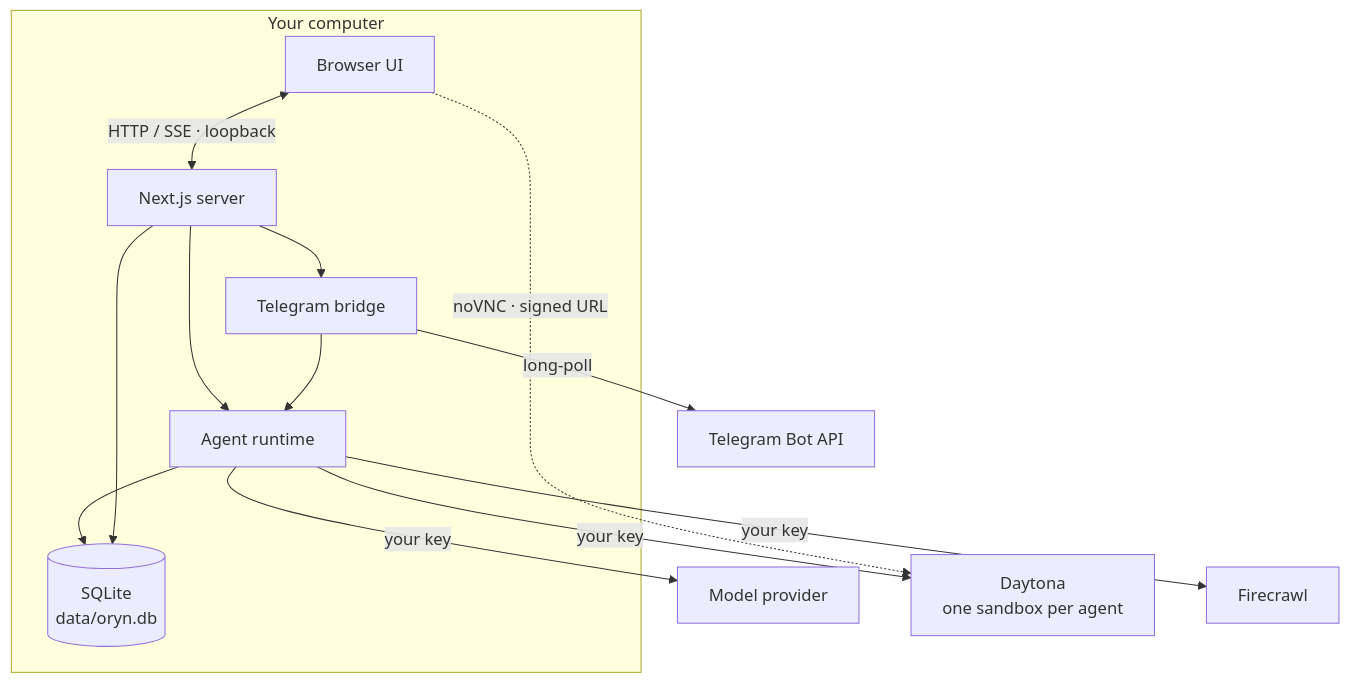
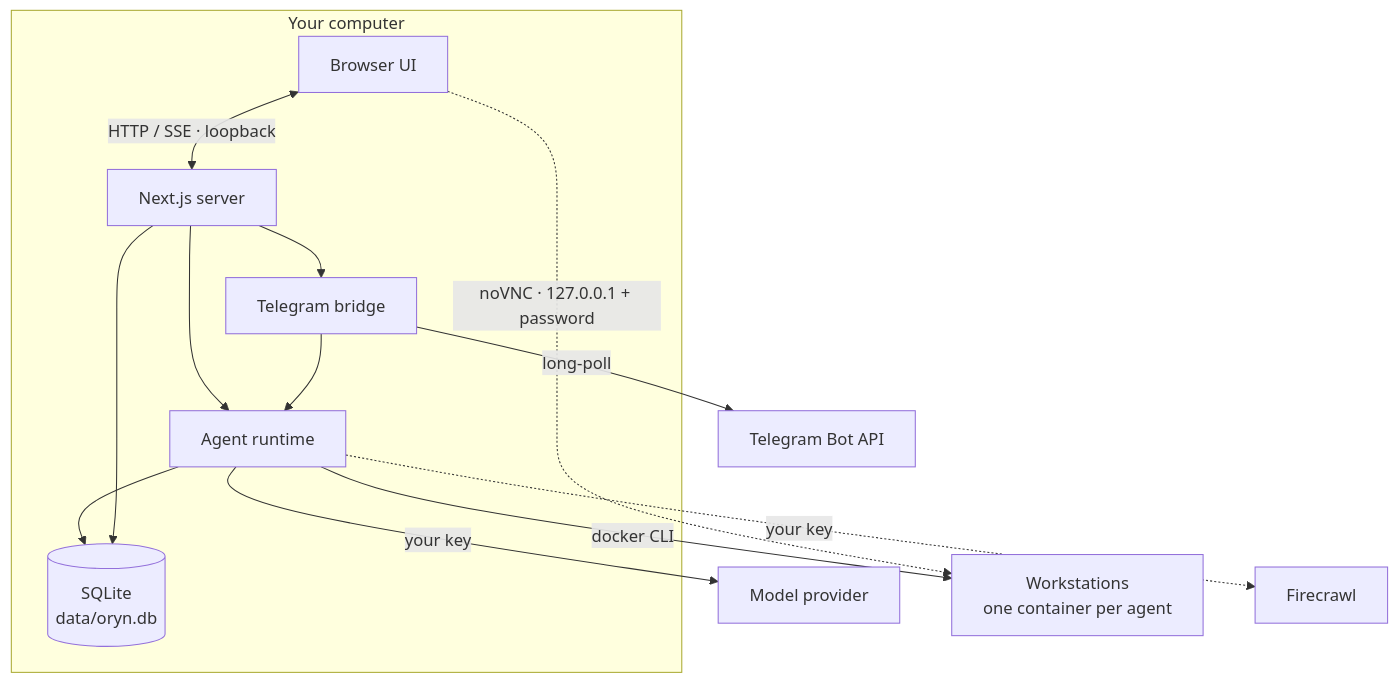
Before and after one commit to Peixer/xiryn: the diagram in docs/architecture.md, drawn with Mermaid. The commit also changed other lines of this file and 7 other files, not shown here.

First line of the commit message:
docs: Docker workstations, one-command setup and notifications

````diff
--- a/docs/architecture.md
+++ b/docs/architecture.md
@@ -5,22 +5,22 @@
 ```mermaid
 graph TB
     subgraph host [Your computer]
         ui[Browser UI]
         server[Next.js server]
         runtime[Agent runtime]
         bridge[Telegram bridge]
         db[(SQLite<br/>data/oryn.db)]
         ui <-->|HTTP / SSE · loopback| server
         server --> runtime
         server --> bridge
         runtime --> db
         bridge --> runtime
         server --> db
     end
 
     runtime -->|your key| models[Model provider]
-    runtime -->|your key| daytona[Daytona<br/>one sandbox per agent]
-    runtime -->|your key| firecrawl[Firecrawl]
+    runtime -->|docker CLI| ws[Workstations<br/>one container per agent]
+    runtime -.->|your key| firecrawl[Firecrawl]
     bridge -->|long-poll| telegram[Telegram Bot API]
-    ui -.->|noVNC · signed URL| daytona
+    ui -.->|noVNC · 127.0.0.1 + password| ws
 ```
````
